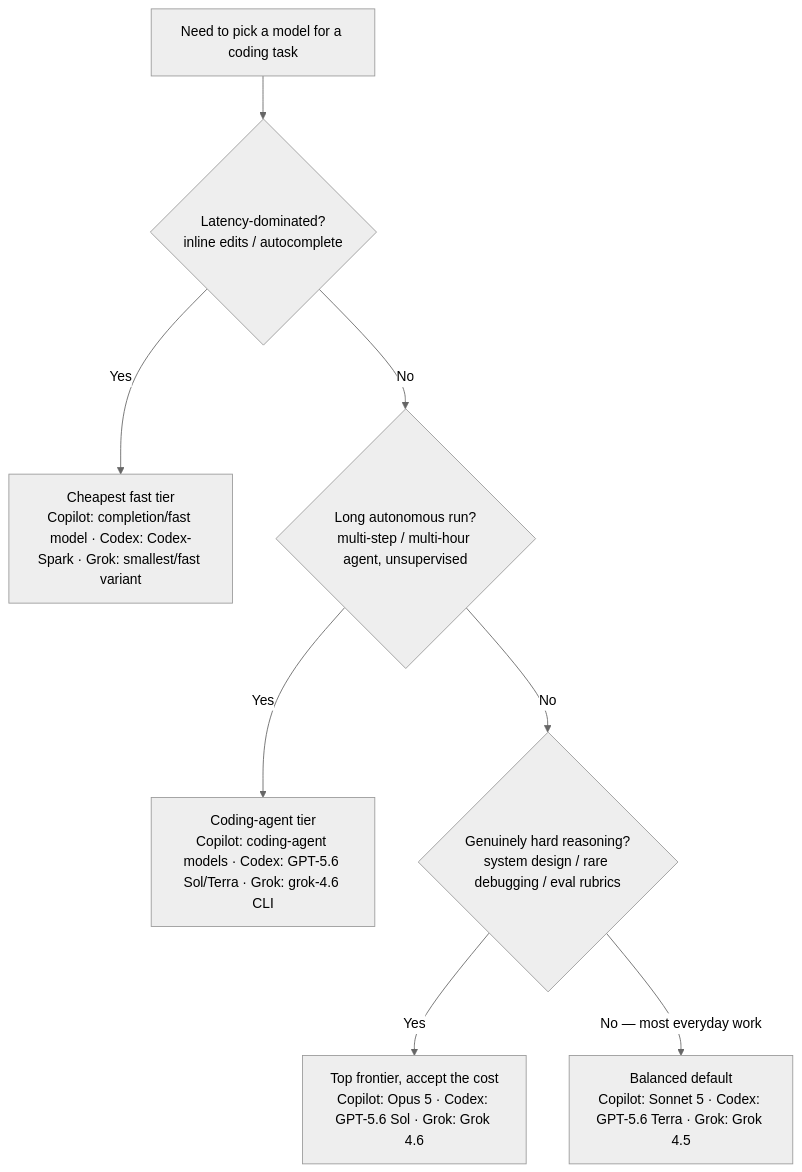
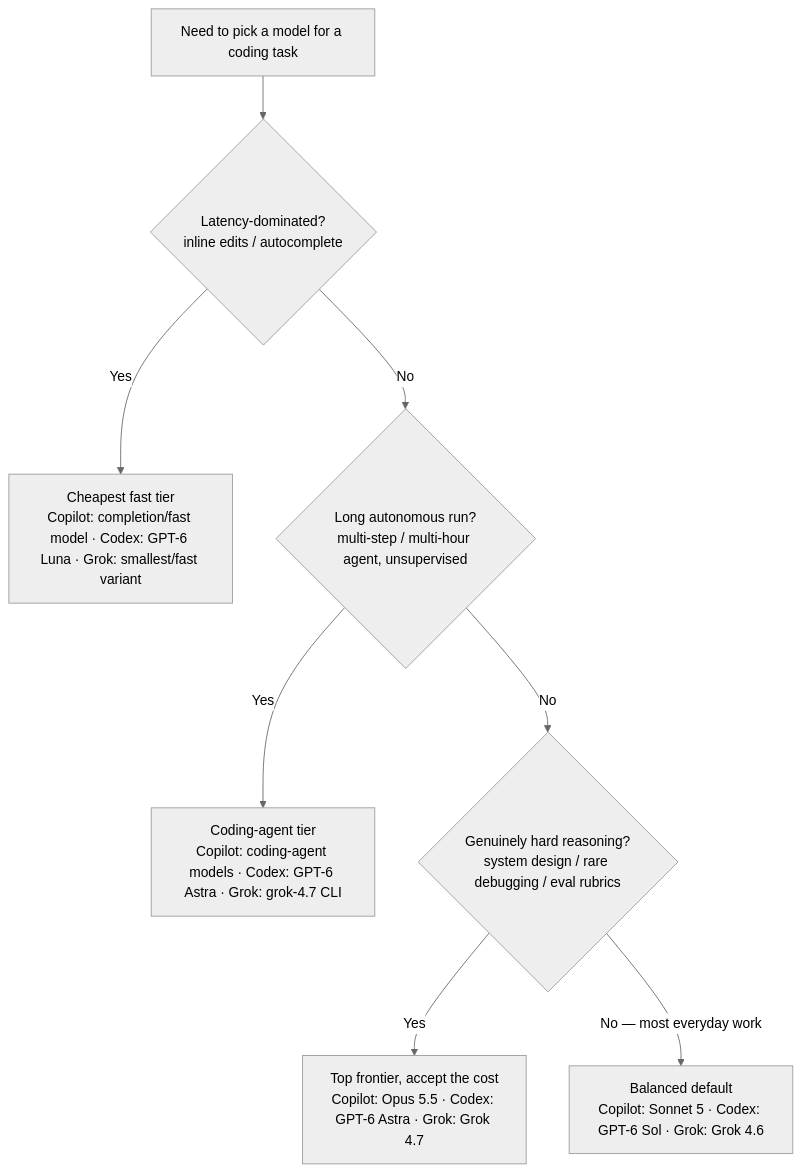
The first of 2 diagrams in plugins/ai-coding-model-guidance/knowledge/cross-tool-model-lineup-2026.md (mcorbett51090/RavenClaude), drawn with Mermaid (neutral theme) before and after one commit. The commit also changed other lines of this file and 24 other files, not shown here.

````diff
--- a/plugins/ai-coding-model-guidance/knowledge/cross-tool-model-lineup-2026.md
+++ b/plugins/ai-coding-model-guidance/knowledge/cross-tool-model-lineup-2026.md
@@ -25,10 +25,10 @@
 ```mermaid
 flowchart TD
     A[Need to pick a model for a coding task] --> Q1{Latency-dominated?<br/>inline edits / autocomplete}
-    Q1 -->|Yes| FAST[Cheapest fast tier<br/>Copilot: completion/fast model · Codex: Codex-Spark · Grok: smallest/fast variant]
+    Q1 -->|Yes| FAST[Cheapest fast tier<br/>Copilot: completion/fast model · Codex: GPT-6 Luna · Grok: smallest/fast variant]
     Q1 -->|No| Q2{Long autonomous run?<br/>multi-step / multi-hour agent, unsupervised}
-    Q2 -->|Yes| AGENT[Coding-agent tier<br/>Copilot: coding-agent models · Codex: GPT-5.6 Sol/Terra · Grok: grok-4.6 CLI]
+    Q2 -->|Yes| AGENT[Coding-agent tier<br/>Copilot: coding-agent models · Codex: GPT-6 Astra · Grok: grok-4.7 CLI]
     Q2 -->|No| Q3{Genuinely hard reasoning?<br/>system design / rare debugging / eval rubrics}
-    Q3 -->|Yes| TOP[Top frontier, accept the cost<br/>Copilot: Opus 5 · Codex: GPT-5.6 Sol · Grok: Grok 4.6]
-    Q3 -->|No — most everyday work| MID[Balanced default<br/>Copilot: Sonnet 5 · Codex: GPT-5.6 Terra · Grok: Grok 4.5]
+    Q3 -->|Yes| TOP[Top frontier, accept the cost<br/>Copilot: Opus 5.5 · Codex: GPT-6 Astra · Grok: Grok 4.7]
+    Q3 -->|No — most everyday work| MID[Balanced default<br/>Copilot: Sonnet 5 · Codex: GPT-6 Sol · Grok: Grok 4.6]
 ```
````
